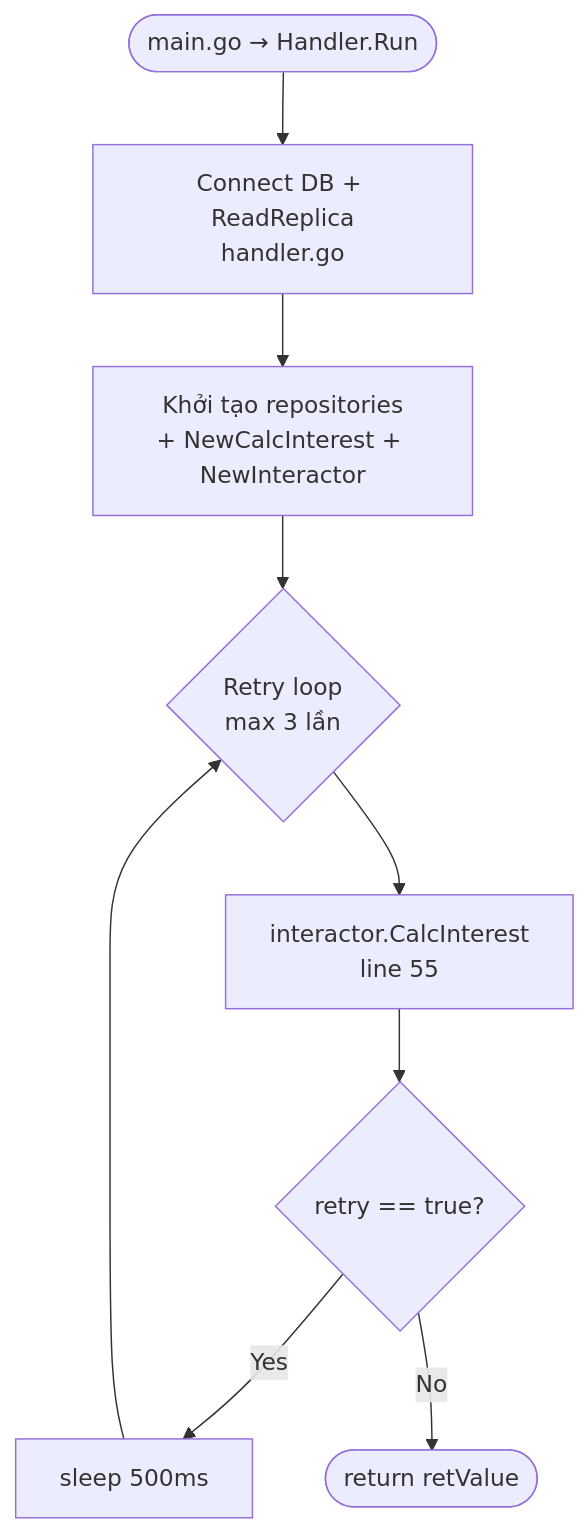
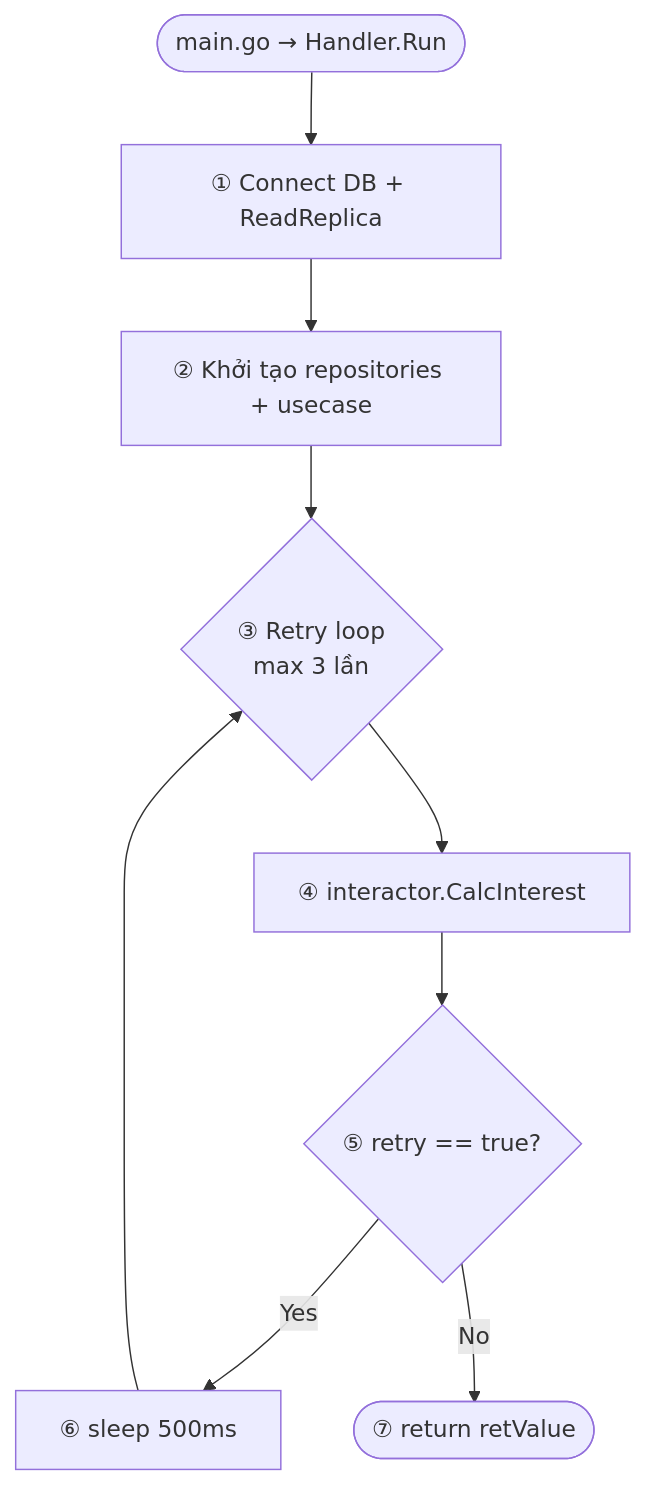
One commit to tungvv318/git-talk changed the first of 8 diagrams in README.md. Above: the diagram before and after it, drawn with Mermaid. The commit also changed other lines of this file, not shown here.

````diff
--- a/README.md
+++ b/README.md
@@ -11,10 +9,10 @@
 ```mermaid
 flowchart TD
-    Start([main.go → Handler.Run]) --> Connect[Connect DB + ReadReplica<br/>handler.go]
-    Connect --> Init[Khởi tạo repositories<br/>+ NewCalcInterest + NewInteractor]
-    Init --> Retry{Retry loop<br/>max 3 lần}
-    Retry --> CalcInterest[interactor.CalcInterest<br/>line 55]
-    CalcInterest --> CheckRetry{retry == true?}
-    CheckRetry -- Yes --> Sleep[sleep 500ms] --> Retry
-    CheckRetry -- No --> End([return retValue])
+    Start([main.go → Handler.Run]) --> Connect[① Connect DB + ReadReplica]
+    Connect --> Init[② Khởi tạo repositories + usecase]
+    Init --> Retry{③ Retry loop<br/>max 3 lần}
+    Retry --> CalcInterest[④ interactor.CalcInterest]
+    CalcInterest --> CheckRetry{⑤ retry == true?}
+    CheckRetry -- Yes --> Sleep[⑥ sleep 500ms] --> Retry
+    CheckRetry -- No --> End([⑦ return retValue])
 ```
````
